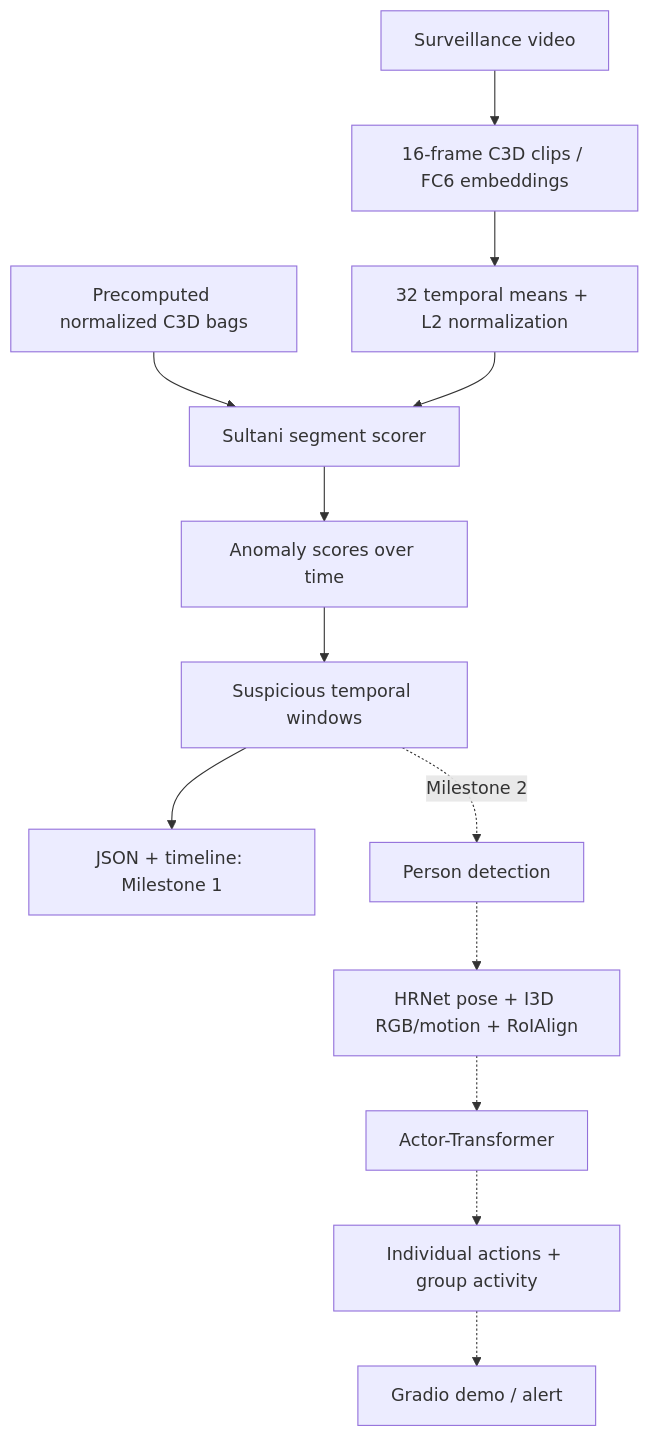
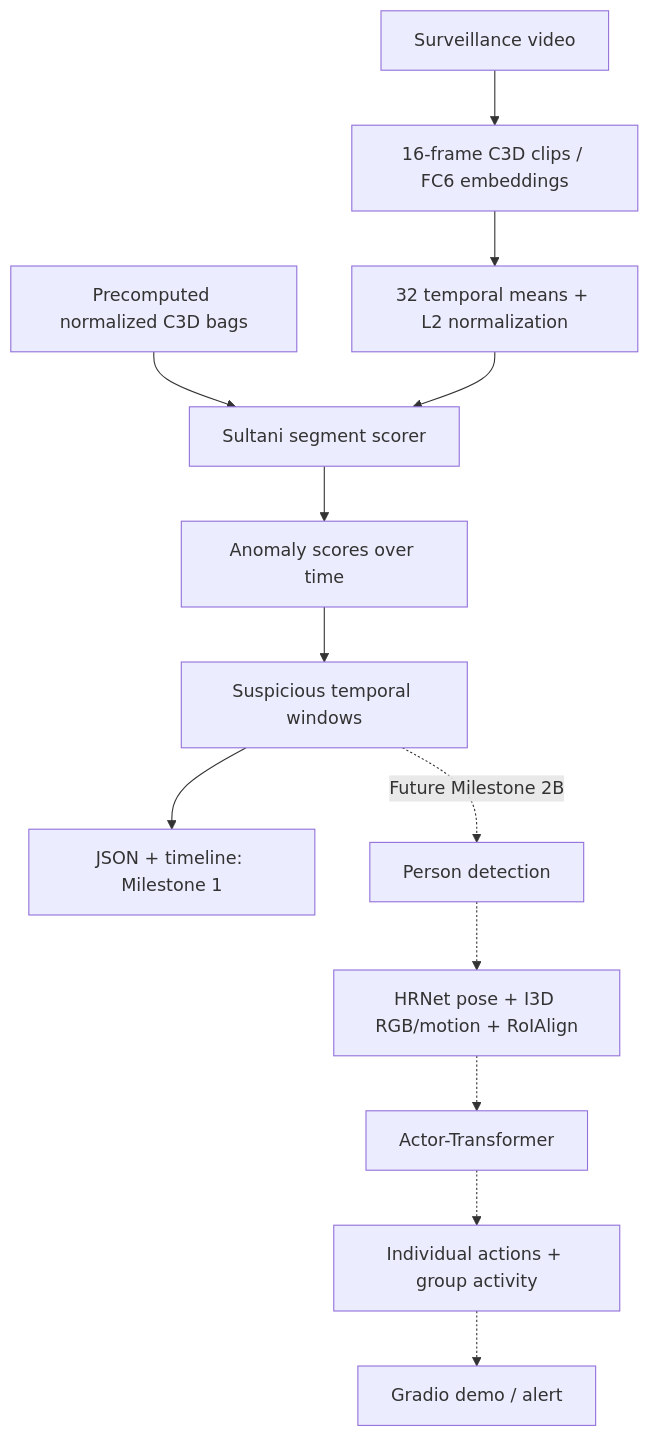
Before and after one commit to itsmanudon/violence-group-anomaly-detection: the first of 2 diagrams in README.md, drawn with Mermaid. The commit also changed other lines of this file and 43 other files, not shown here.

````diff
--- a/README.md
+++ b/README.md
@@ -25,15 +30,15 @@
 ```mermaid
 flowchart TD
     V[Surveillance video] --> C[16-frame C3D clips / FC6 embeddings]
     C --> B[32 temporal means + L2 normalization]
     F[Precomputed normalized C3D bags] --> S[Sultani segment scorer]
     B --> S
     S --> T[Anomaly scores over time]
     T --> W[Suspicious temporal windows]
     W --> J[JSON + timeline: Milestone 1]
-    W -. Milestone 2 .-> P[Person detection]
+    W -. Future Milestone 2B .-> P[Person detection]
     P -.-> R[HRNet pose + I3D RGB/motion + RoIAlign]
     R -.-> A[Actor-Transformer]
     A -.-> G[Individual actions + group activity]
     G -.-> D[Gradio demo / alert]
 ```
````
